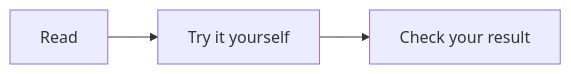
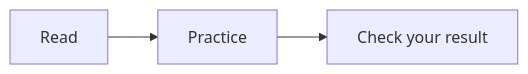
One commit to BasisHub/Courses changed the diagram in docs/docs/authoring/components.mdx. Above: the diagram before and after it, drawn with Mermaid. The commit also changed other lines of this file and 1 other file, not shown here.

Commit message:
fix(03): WR-07 give the fixture a custom exercise title so the default-title check means something

````diff
--- a/docs/docs/authoring/components.mdx
+++ b/docs/docs/authoring/components.mdx
@@ -220,4 +220,4 @@
 ```mermaid
 flowchart LR
-  A[Read] --> B[Try it yourself] --> C[Check your result]
+  A[Read] --> B[Practice] --> C[Check your result]
 ```
````
